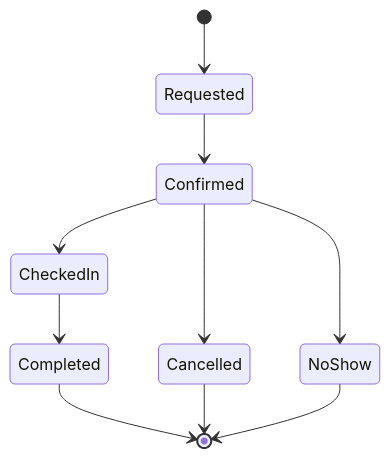
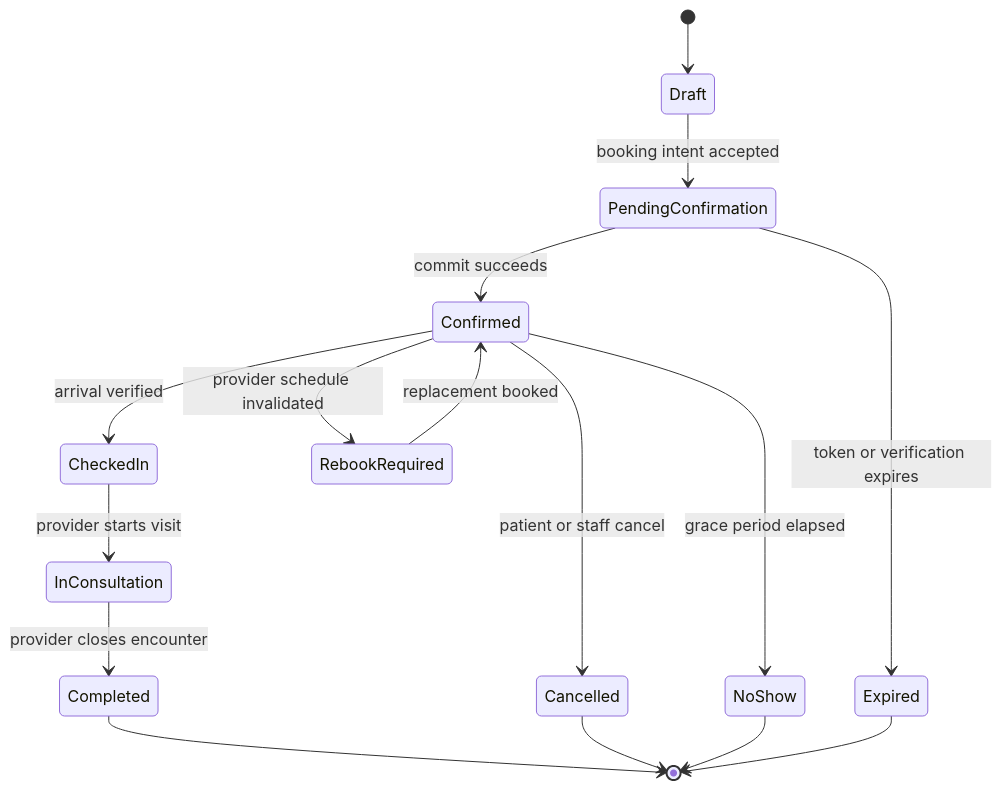
One commit to 0Ankit0/Project-Ideas changed the first of 2 diagrams in Healthcare Appointment System/detailed-design/state-machine-diagram.md. Above: the diagram before and after it, drawn with Mermaid. The commit also changed other lines of this file and 18 other files, not shown here.

````diff
--- a/Healthcare Appointment System/detailed-design/state-machine-diagram.md
+++ b/Healthcare Appointment System/detailed-design/state-machine-diagram.md
@@ -3,12 +6,18 @@
 ```mermaid
 stateDiagram-v2
-  [*] --> Requested
-  Requested --> Confirmed
-  Confirmed --> CheckedIn
-  CheckedIn --> Completed
-  Confirmed --> Cancelled
-  Confirmed --> NoShow
+  [*] --> Draft
+  Draft --> PendingConfirmation: booking intent accepted
+  PendingConfirmation --> Confirmed: commit succeeds
+  PendingConfirmation --> Expired: token or verification expires
+  Confirmed --> CheckedIn: arrival verified
+  CheckedIn --> InConsultation: provider starts visit
+  InConsultation --> Completed: provider closes encounter
+  Confirmed --> Cancelled: patient or staff cancel
+  Confirmed --> RebookRequired: provider schedule invalidated
+  Confirmed --> NoShow: grace period elapsed
+  RebookRequired --> Confirmed: replacement booked
   Completed --> [*]
   Cancelled --> [*]
   NoShow --> [*]
+  Expired --> [*]
 ```
````
